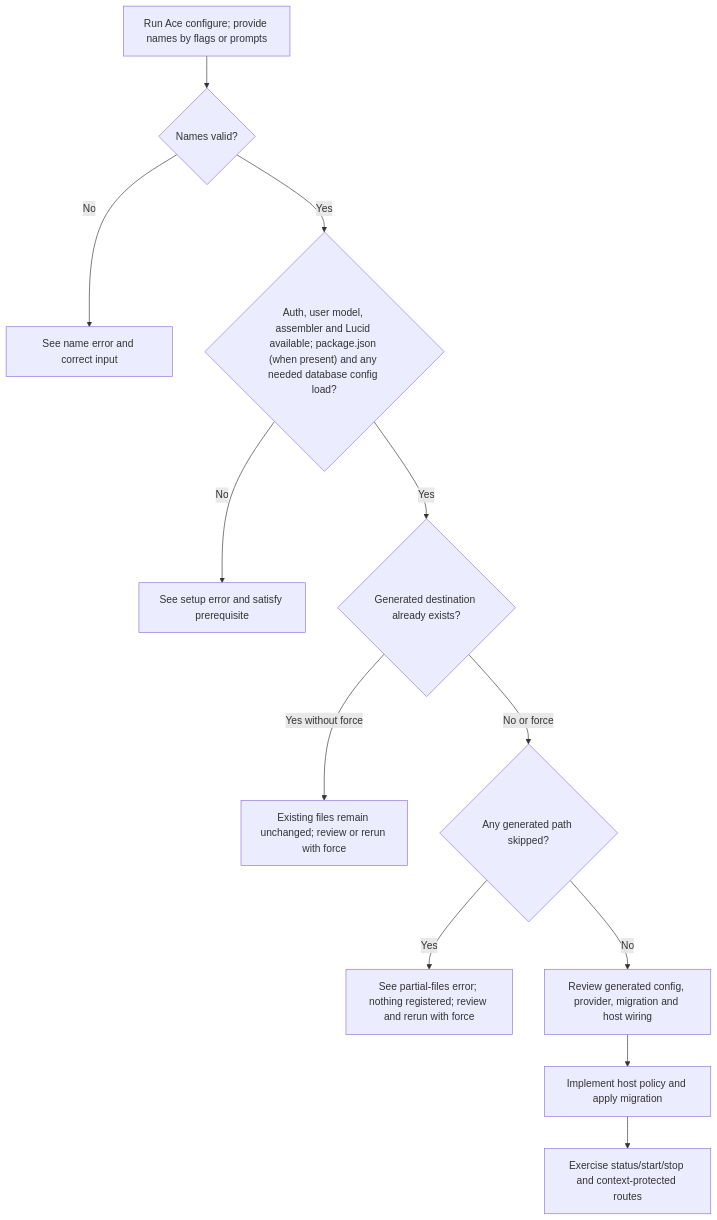
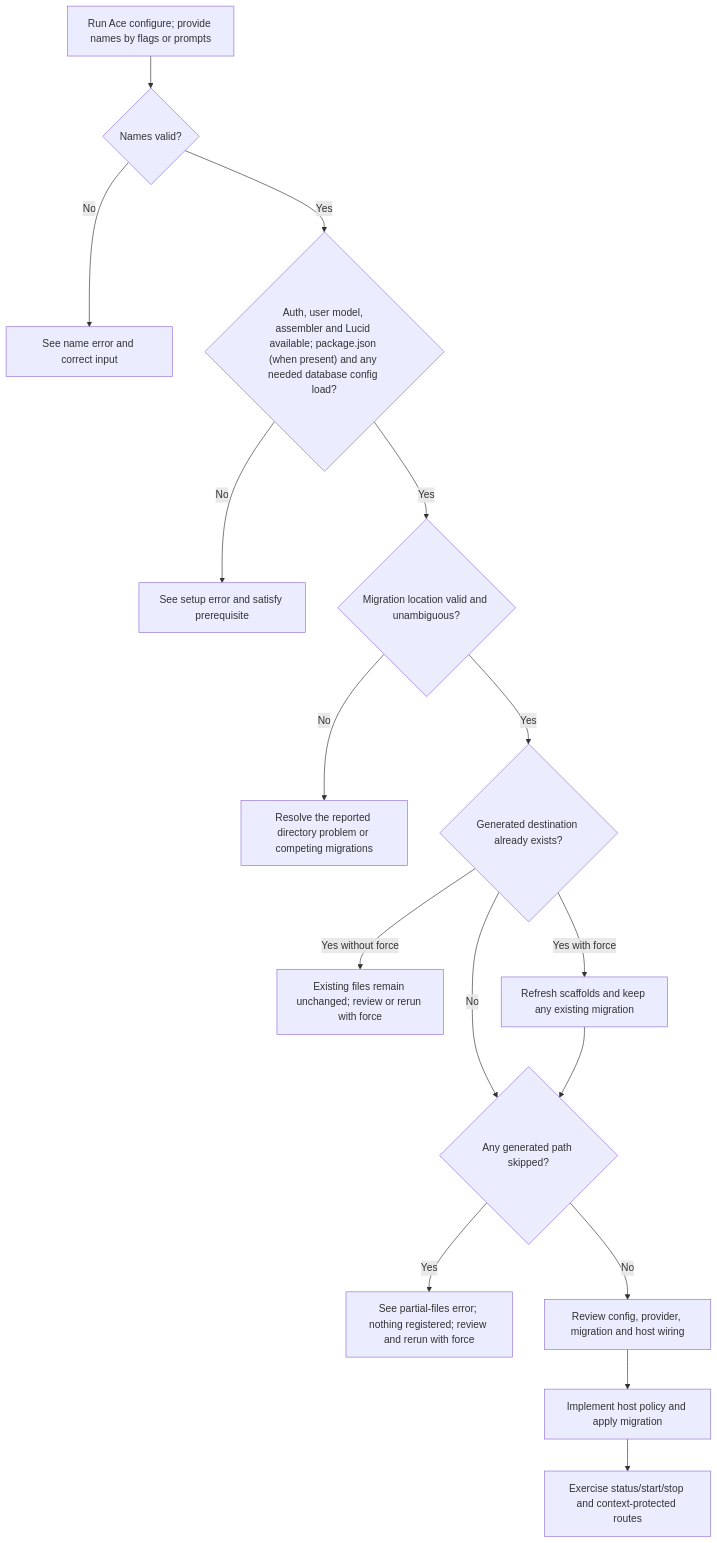
Before and after one commit to Kevinjohn/oss-adonisjs-masquerade: the first of 2 diagrams in user-stories/configure-masquerade/us-setup-01-configure-masquerade.md, drawn with Mermaid. The commit also changed other lines of this file and 12 other files, not shown here.

Commit message:
Freeze the schema used by Masquerade migrations

````diff
--- a/user-stories/configure-masquerade/us-setup-01-configure-masquerade.md
+++ b/user-stories/configure-masquerade/us-setup-01-configure-masquerade.md
@@ -29,14 +29,18 @@
 ```mermaid
 flowchart TD
     A["Run Ace configure; provide names by flags or prompts"] --> N{"Names valid?"}
     N -->|No| O["See name error and correct input"]
     N -->|Yes| B{"Auth, user model, assembler and Lucid available; package.json (when present) and any needed database config load?"}
     B -->|No| C["See setup error and satisfy prerequisite"]
-    B -->|Yes| D{"Generated destination already exists?"}
+    B -->|Yes| M{"Migration location valid and unambiguous?"}
+    M -->|No| P["Resolve the reported directory problem or competing migrations"]
+    M -->|Yes| D{"Generated destination already exists?"}
     D -->|Yes without force| E["Existing files remain unchanged; review or rerun with force"]
-    D -->|No or force| S{"Any generated path skipped?"}
+    D -->|No| S{"Any generated path skipped?"}
+    D -->|Yes with force| U["Refresh scaffolds and keep any existing migration"]
+    U --> S
     S -->|Yes| T["See partial-files error; nothing registered; review and rerun with force"]
-    S -->|No| F["Review generated config, provider, migration and host wiring"]
+    S -->|No| F["Review config, provider, migration and host wiring"]
     F --> G["Implement host policy and apply migration"]
     G --> H["Exercise status/start/stop and context-protected routes"]
 ```
````
